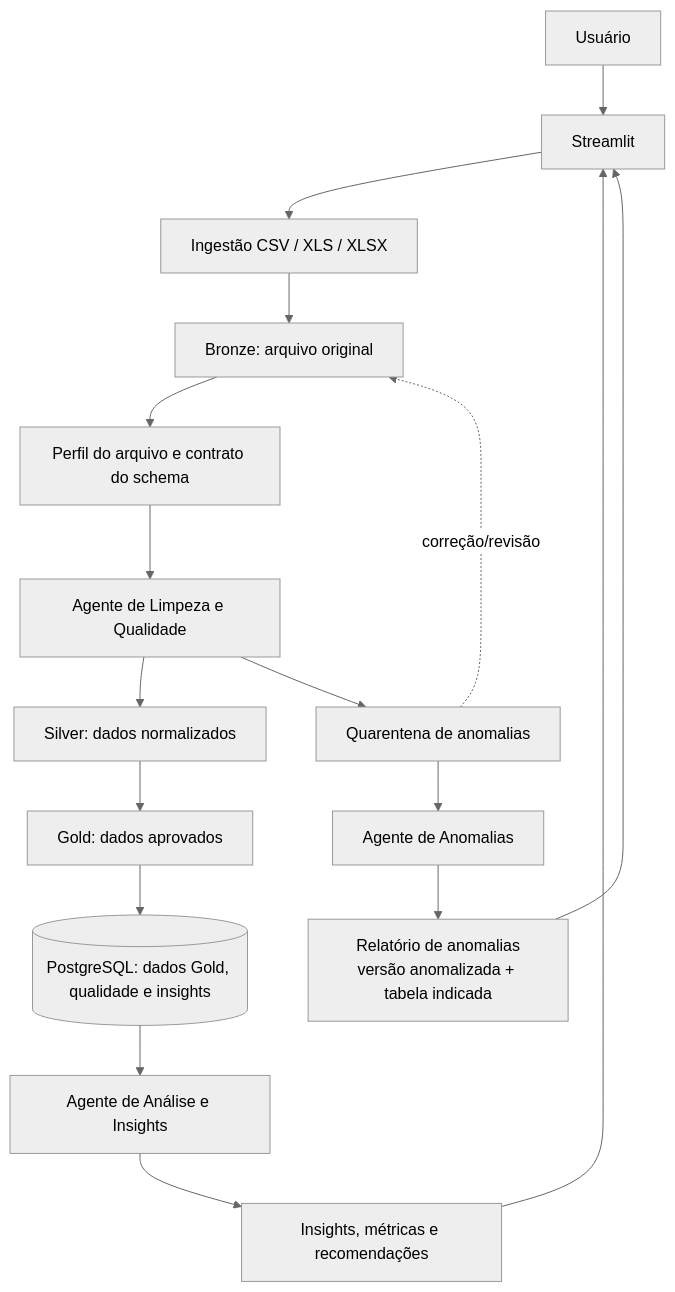
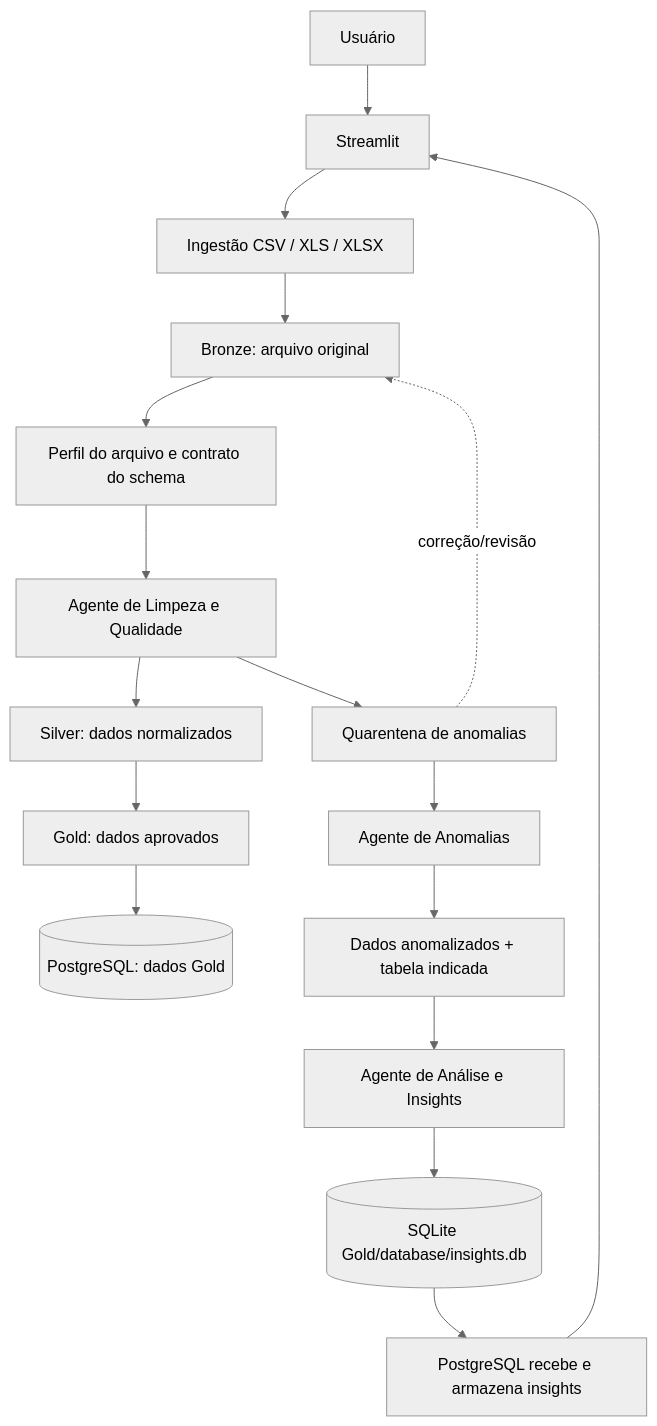
One commit to GeorgeLucas1/Pipeline_csv_to_db changed the first of 2 diagrams in README.md. Above: the diagram before and after it, drawn with Mermaid (neutral theme). The commit also changed other lines of this file, not shown here.

````diff
--- a/README.md
+++ b/README.md
@@ -31,24 +33,23 @@
 ```mermaid
 graph TD
     U[Usuário] --> ST[Streamlit]
     ST --> IN[Ingestão CSV / XLS / XLSX]
     IN --> B[Bronze: arquivo original]
 
     B --> P[Perfil do arquivo e contrato do schema]
     P --> L[Agente de Limpeza e Qualidade]
     L --> S[Silver: dados normalizados]
     L --> Q[Quarentena de anomalias]
 
     Q --> A[Agente de Anomalias]
-    A --> R[Relatório de anomalias<br/>versão anomalizada + tabela indicada]
-    R --> ST
+    A --> R[Dados anomalizados + tabela indicada]
+    R --> I[Agente de Análise e Insights]
+    I --> INS[(SQLite Gold/database/insights.db)]
+    INS --> PG[PostgreSQL recebe e armazena insights]
+    PG --> ST[Streamlit]
 
     S --> G[Gold: dados aprovados]
-    G --> DB[(PostgreSQL: dados Gold, qualidade e insights)]
-
-    DB --> I[Agente de Análise e Insights]
-    I --> INS[Insights, métricas e recomendações]
-    INS --> ST
+    G --> DB[(PostgreSQL: dados Gold)]
 
     Q -. correção/revisão .-> B
 ```
````
